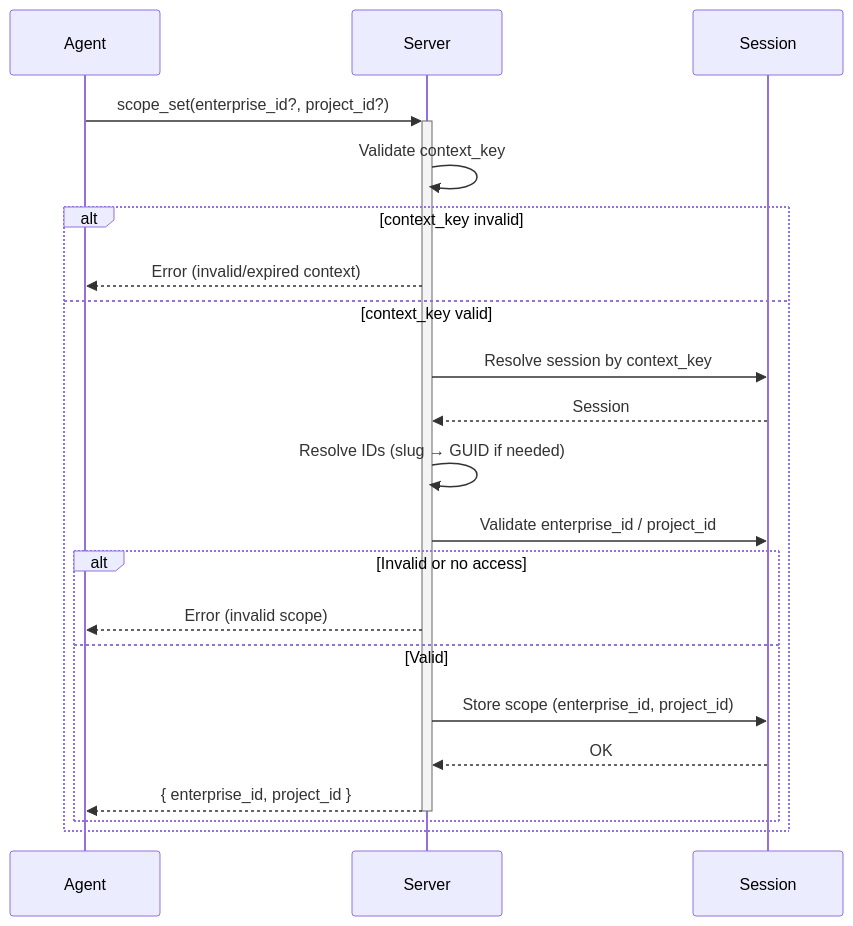
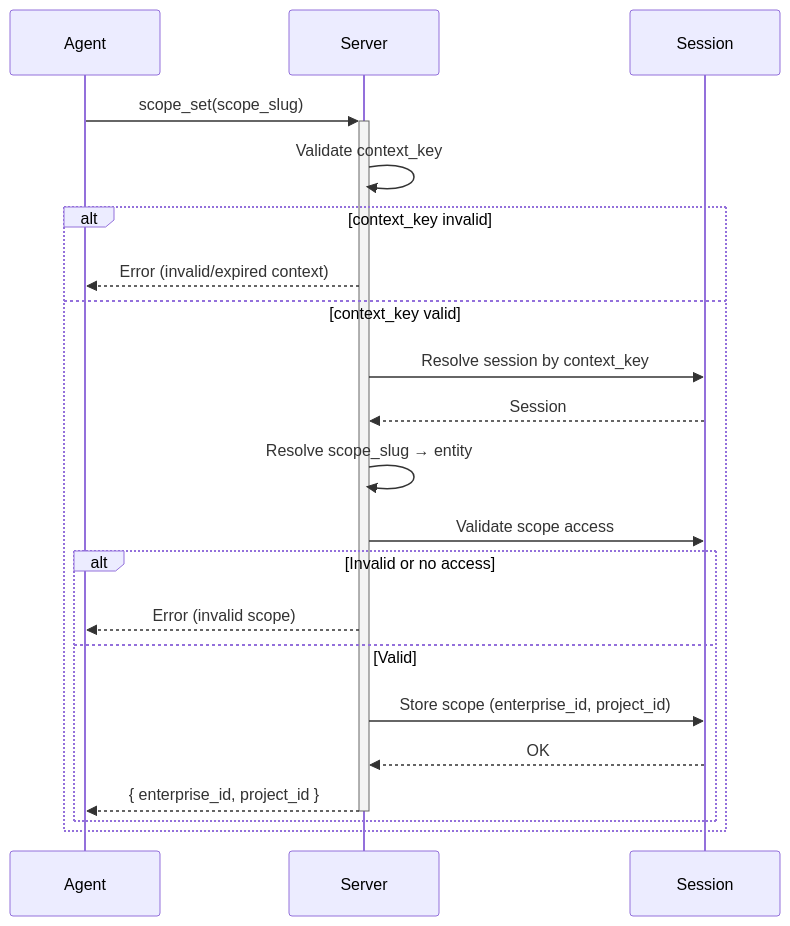
One commit to sharpninja/project-mcp changed the second of 36 diagrams in docs/10-mcp-endpoint-diagrams.md. Above: the diagram before and after it, drawn with Mermaid. The commit also changed other lines of this file and 17 other files, not shown here.

````diff
--- a/docs/10-mcp-endpoint-diagrams.md
+++ b/docs/10-mcp-endpoint-diagrams.md
@@ -43,24 +45,24 @@
 ```mermaid
 sequenceDiagram
   participant Agent
   participant Server
   participant Session
 
-  Agent->>+Server: scope_set(enterprise_id?, project_id?)
+  Agent->>+Server: scope_set(scope_slug)
   Server->>Server: Validate context_key
   alt context_key invalid
     Server-->>Agent: Error (invalid/expired context)
   else context_key valid
     Server->>Session: Resolve session by context_key
     Session-->>Server: Session
-    Server->>Server: Resolve IDs (slug → GUID if needed)
-    Server->>Session: Validate enterprise_id / project_id
+    Server->>Server: Resolve scope_slug → entity
+    Server->>Session: Validate scope access
     alt Invalid or no access
       Server-->>Agent: Error (invalid scope)
     else Valid
       Server->>Session: Store scope (enterprise_id, project_id)
       Session-->>Server: OK
       Server-->>-Agent: { enterprise_id, project_id }
     end
   end
 ```
````
